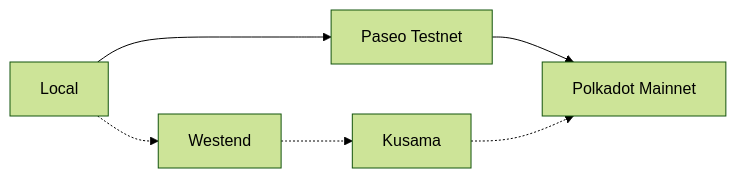
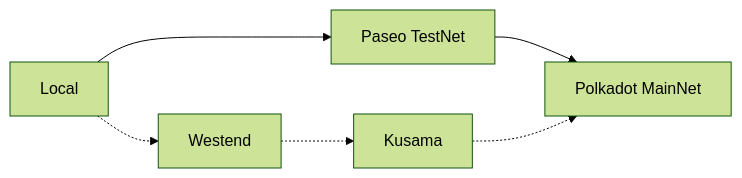
One commit to polkadot-developers/polkadot-docs changed the diagram in reference/parachains/networks.md. Above: the diagram before and after it, drawn with Mermaid (forest theme). The commit also changed other lines of this file, not shown here.

````diff
--- a/reference/parachains/networks.md
+++ b/reference/parachains/networks.md
@@ -17,5 +17,5 @@
 ``` mermaid
 flowchart LR
-    id1[Local] --> id3[Paseo Testnet] --> id5[Polkadot Mainnet]
-    id1[Local] -.-> id2[Westend] -.-> id4[Kusama] -.-> id5[Polkadot Mainnet]
+    id1[Local] --> id3[Paseo TestNet] --> id5[Polkadot MainNet]
+    id1[Local] -.-> id2[Westend] -.-> id4[Kusama] -.-> id5[Polkadot MainNet]
 ```
````
